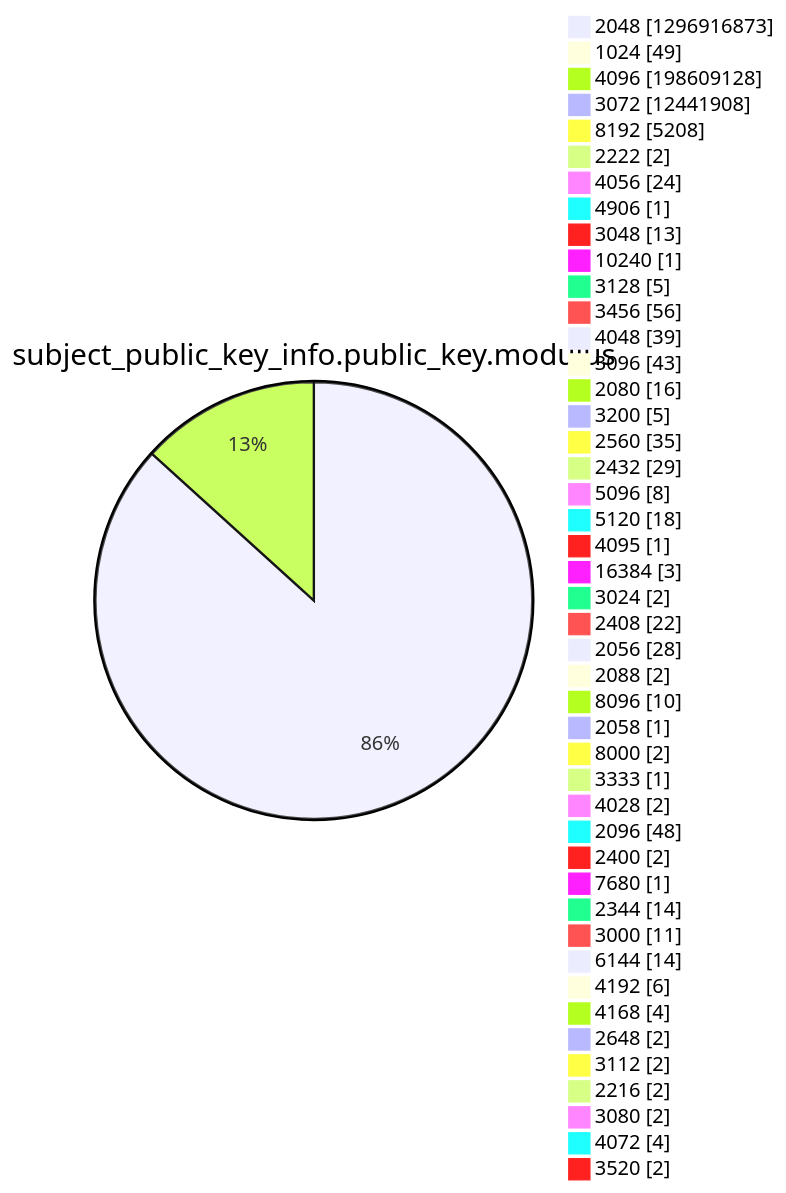
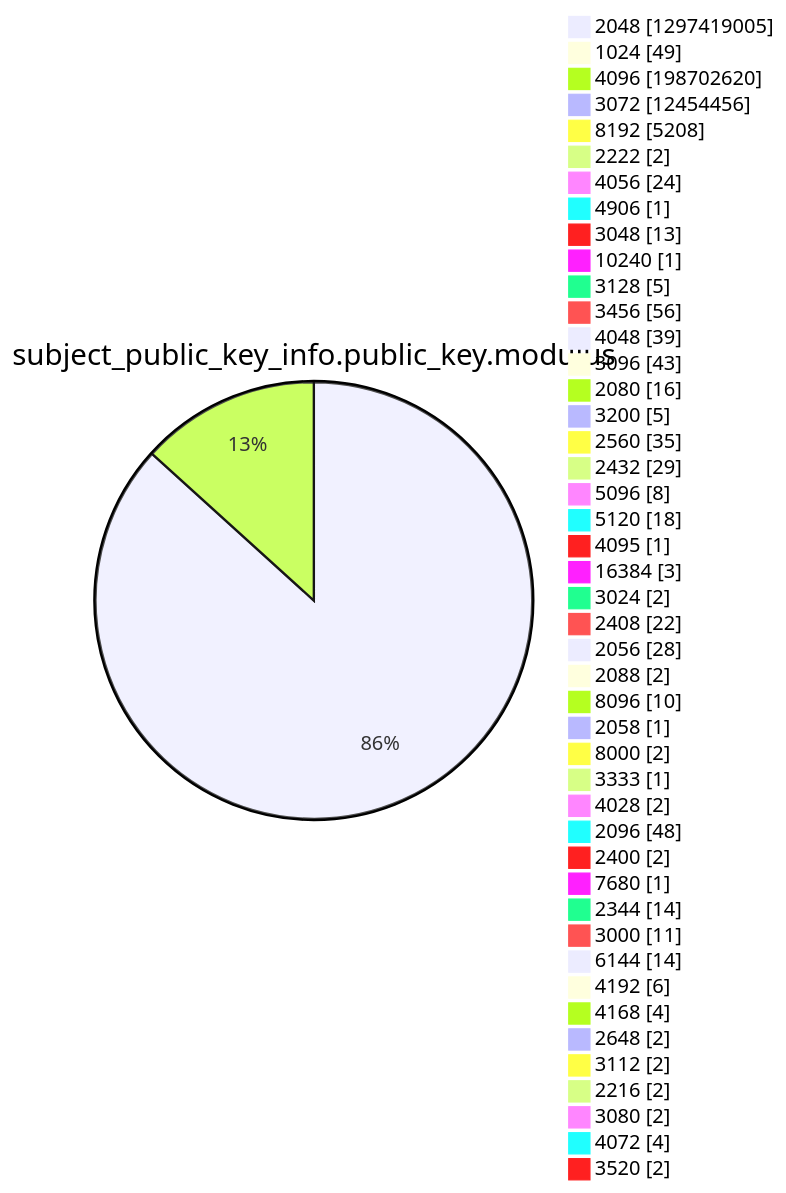
Before and after one commit to christiankrug/ctmonitor_visualization: diagram 13 of 15 in xenon2022/README.md, drawn with Mermaid. The commit also changed other lines of this file, not shown here.

````diff
--- a/xenon2022/README.md
+++ b/xenon2022/README.md
@@ -3921,49 +3921,49 @@
 ```mermaid
 pie showData
 title subject_public_key_info.public_key.modulus
-"2048" :1296916873
+"2048" :1297419005
 "1024" :49
-"4096" :198609128
-"3072" :12441908
+"4096" :198702620
+"3072" :12454456
 "8192" :5208
 "2222" :2
 "4056" :24
 "4906" :1
 "3048" :13
 "10240" :1
 "3128" :5
 "3456" :56
 "4048" :39
 "3096" :43
 "2080" :16
 "3200" :5
 "2560" :35
 "2432" :29
 "5096" :8
 "5120" :18
 "4095" :1
 "16384" :3
 "3024" :2
 "2408" :22
 "2056" :28
 "2088" :2
 "8096" :10
 "2058" :1
 "8000" :2
 "3333" :1
 "4028" :2
 "2096" :48
 "2400" :2
 "7680" :1
 "2344" :14
 "3000" :11
 "6144" :14
 "4192" :6
 "4168" :4
 "2648" :2
 "3112" :2
 "2216" :2
 "3080" :2
 "4072" :4
 "3520" :2
 ```
````
